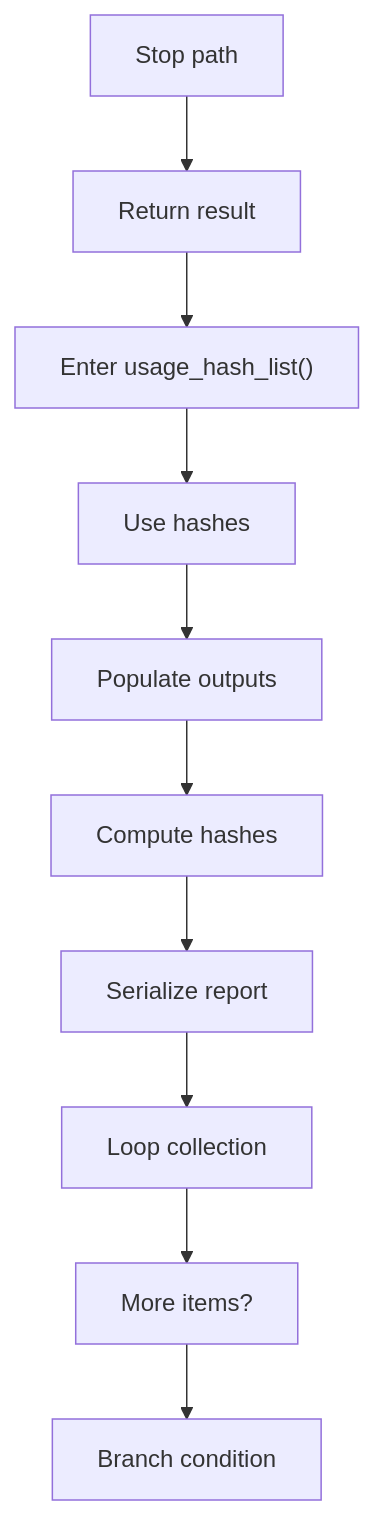
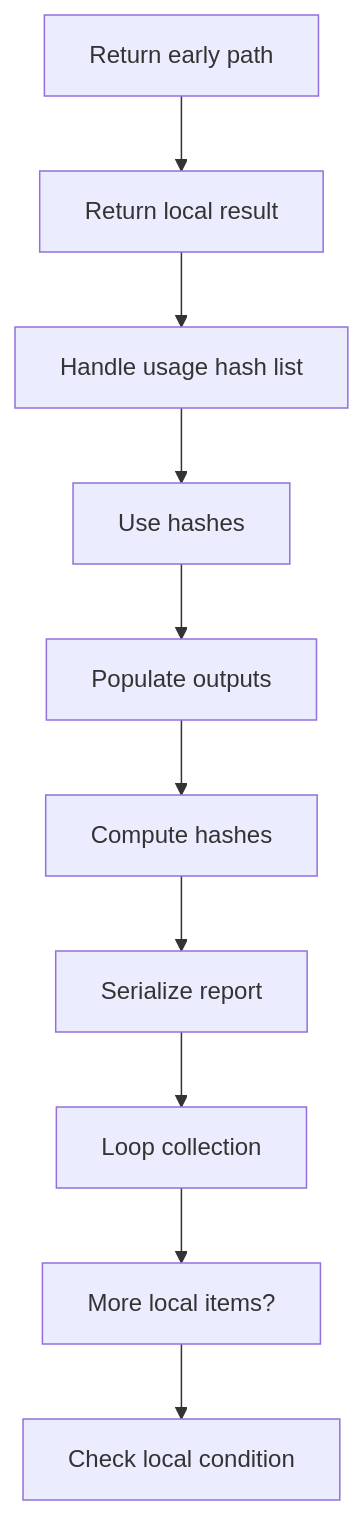
The sixth of 7 diagrams in docs/Codebase/Microservice/Modules/Source/HashingMechanism/ReverseMerkle/Flow/hash_program_flow.cpp.md (JohnAndrewBalbarosa/NeoTerritory), drawn with Mermaid before and after one commit. The commit also changed other lines of this file and 915 other files, not shown here.

````diff
--- a/docs/Codebase/Microservice/Modules/Source/HashingMechanism/ReverseMerkle/Flow/hash_program_flow.cpp.md
+++ b/docs/Codebase/Microservice/Modules/Source/HashingMechanism/ReverseMerkle/Flow/hash_program_flow.cpp.md
@@ -145,22 +145,22 @@
 ```mermaid
 flowchart TD
-    N0["Stop path"]
-    N1["Return result"]
-    N2["Enter usage_hash_list()"]
+    N0["Return early path"]
+    N1["Return local result"]
+    N2["Handle usage hash list"]
     N3["Use hashes"]
     N4["Populate outputs"]
     N5["Compute hashes"]
     N6["Serialize report"]
     N7["Loop collection"]
-    N8["More items?"]
-    N9["Branch condition"]
+    N8["More local items?"]
+    N9["Check local condition"]
     N0 --> N1
     N1 --> N2
     N2 --> N3
     N3 --> N4
     N4 --> N5
     N5 --> N6
     N6 --> N7
     N7 --> N8
     N8 --> N9
 ```
````
